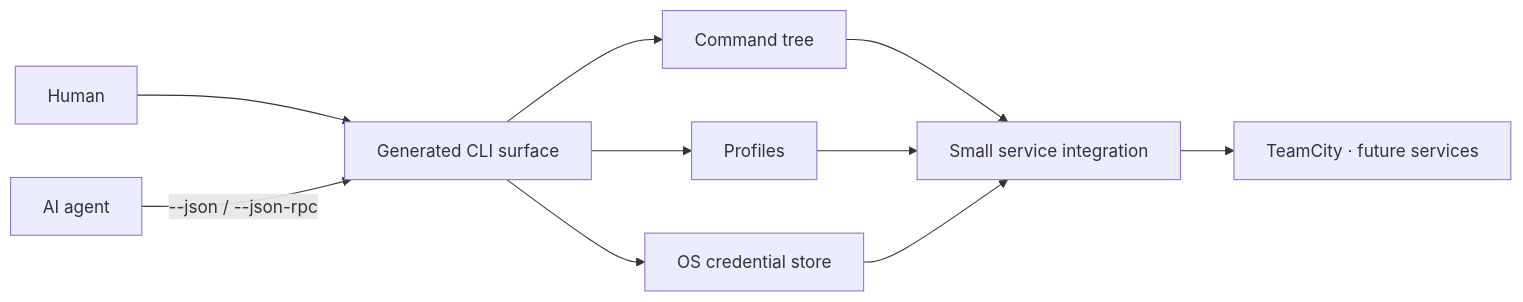
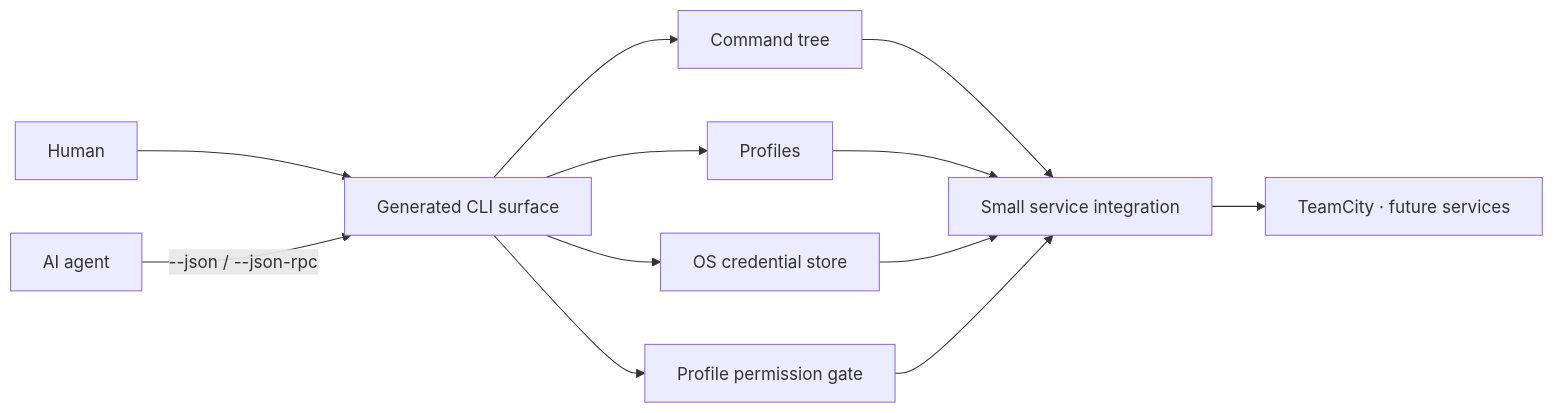
The diagram in README.md (iXab3r/EyeAuras.CliFactory), drawn with Mermaid before and after one commit. The commit also changed other lines of this file and 21 other files, not shown here.

Commit message:
feat: add profile permission gates and integration guide

````diff
--- a/README.md
+++ b/README.md
@@ -17,12 +17,14 @@
 ```mermaid
 flowchart LR
     human["Human"] --> cli["Generated CLI surface"]
     agent["AI agent"] -->|"--json / --json-rpc"| cli
     cli --> tree["Command tree"]
     cli --> profiles["Profiles"]
     cli --> auth["OS credential store"]
+    cli --> permissions["Profile permission gate"]
     tree --> integration["Small service integration"]
     profiles --> integration
     auth --> integration
+    permissions --> integration
     integration --> service["TeamCity · future services"]
 ```
````
